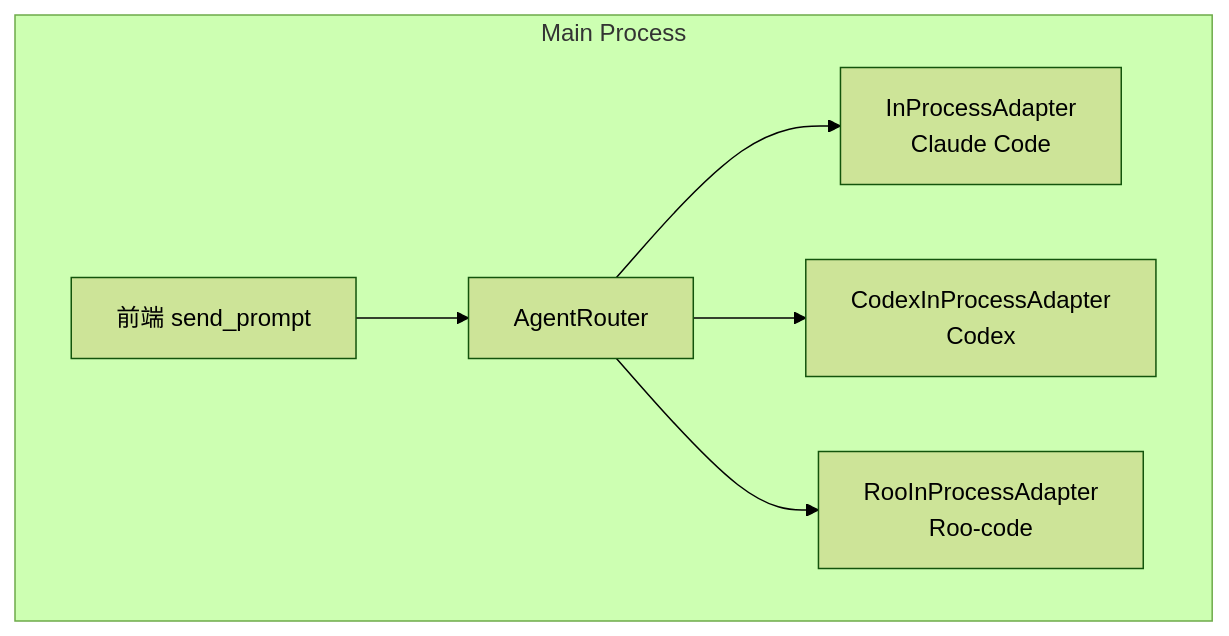
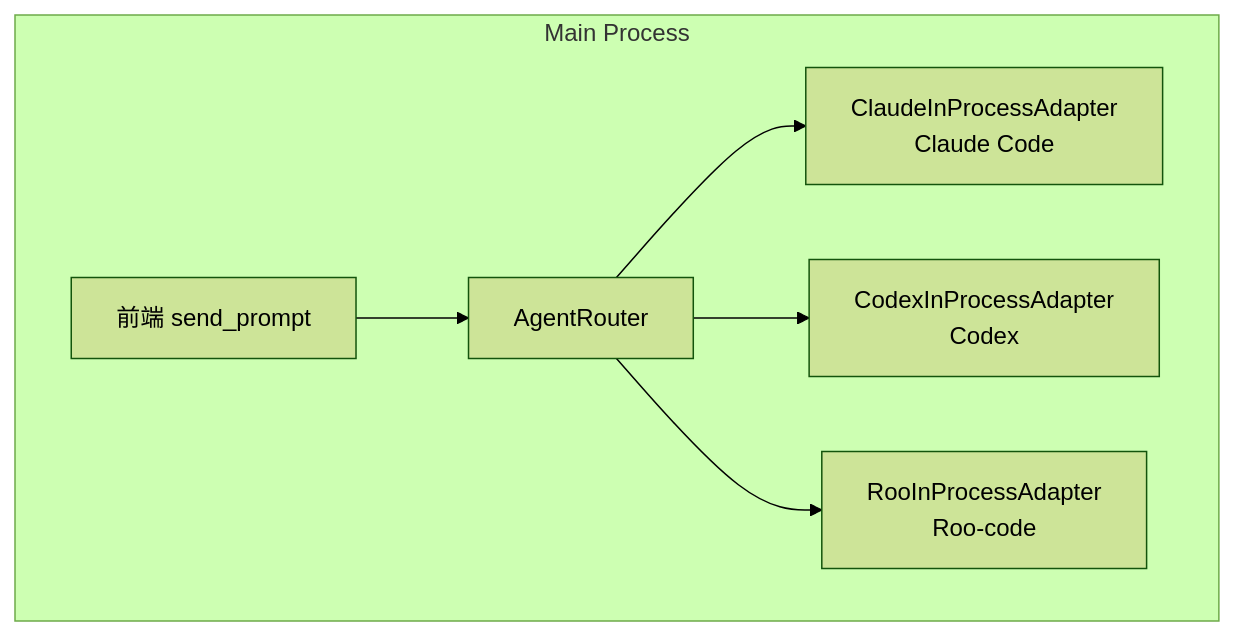
One commit to yanzhi0922/remote-code-rust changed the diagram in README.md. Above: the diagram before and after it, drawn with Mermaid (forest theme). The commit also changed other lines of this file and 97 other files, not shown here.

First line of the commit message:
refactor: architecture Phases 1-5 — split monoliths, Zustand slices, CLI cleanup

````diff
--- a/README.md
+++ b/README.md
@@ -336,15 +336,15 @@
 ```mermaid
 graph TB
     subgraph Main Process
         UI[前端 send_prompt]
         ROUTER[AgentRouter]
-        IPA[InProcessAdapter<br/>Claude Code]
+        IPA[ClaudeInProcessAdapter<br/>Claude Code]
         CXA[CodexInProcessAdapter<br/>Codex]
         ROA[RooInProcessAdapter<br/>Roo-code]
     end
 
     UI --> ROUTER
     ROUTER --> IPA
     ROUTER --> CXA
     ROUTER --> ROA
 ```
````
